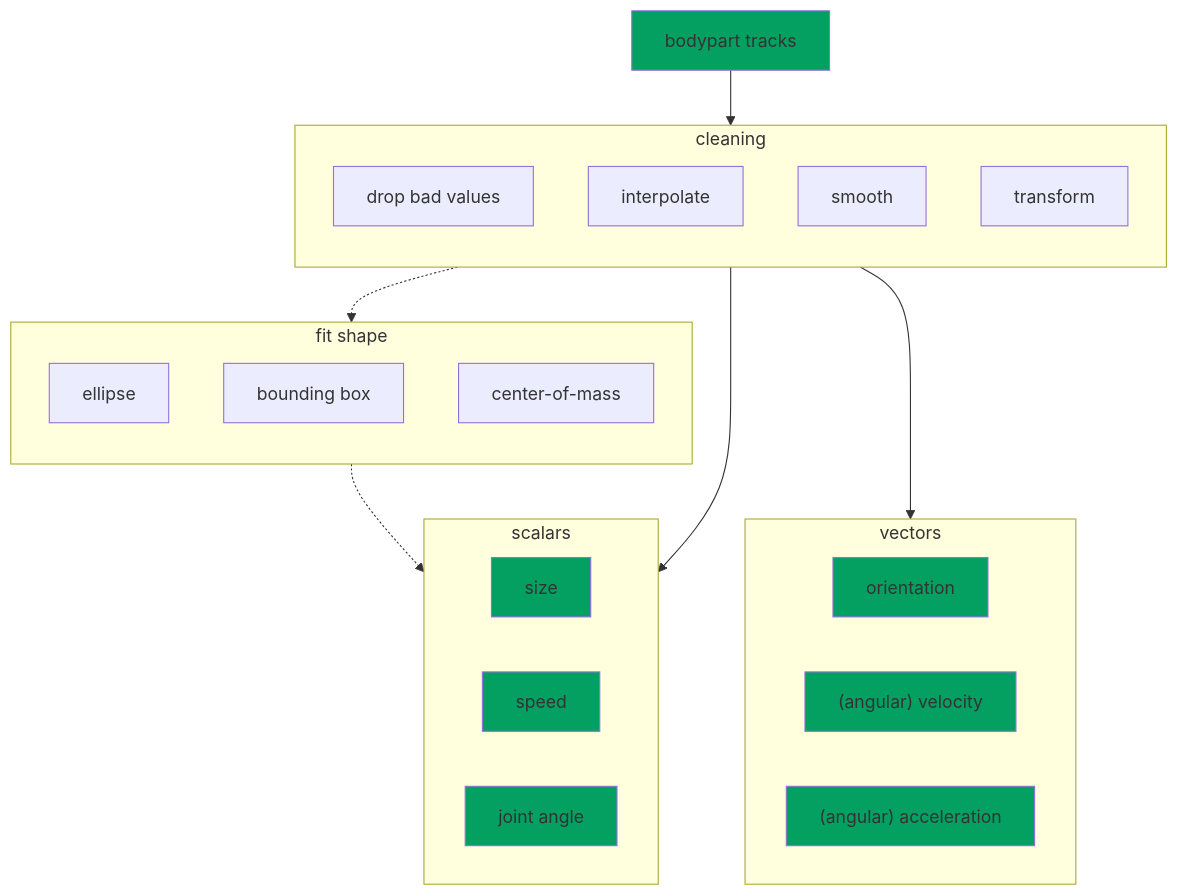
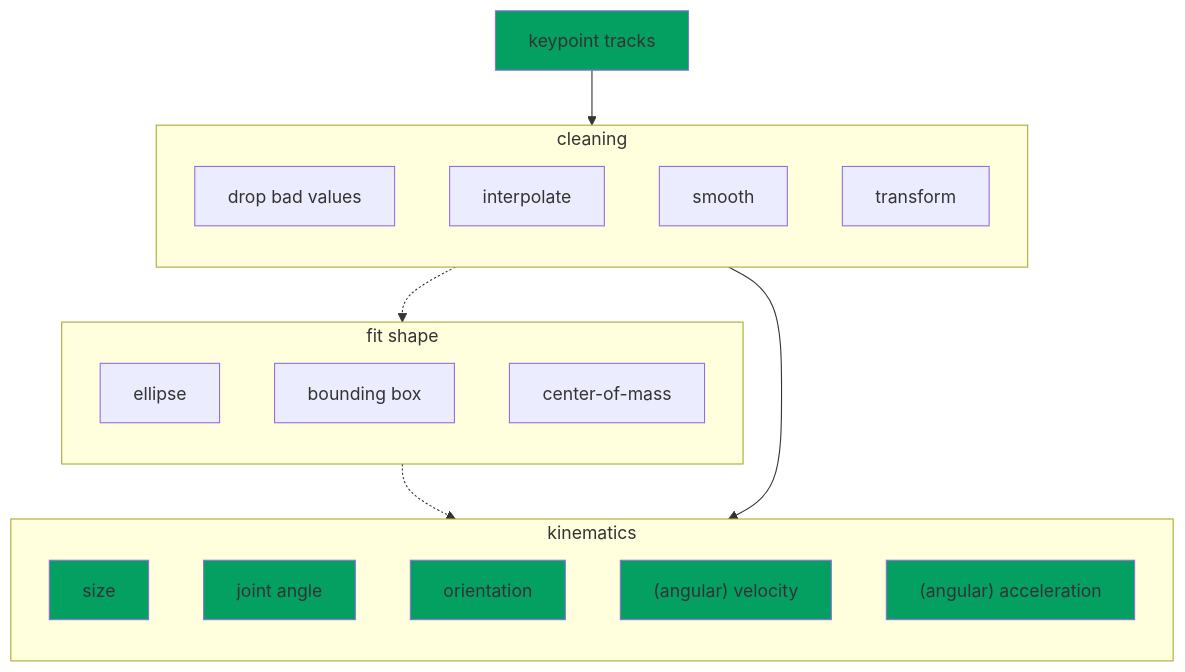
One commit to neuroinformatics-unit/slides-behavioural-projects-overview changed the diagram in diagrams/kinematics.mmd. Above: the diagram before and after it, drawn with Mermaid. The commit also changed 6 other files, not shown here.

```diff
--- a/diagrams/kinematics.mmd
+++ b/diagrams/kinematics.mmd
@@ -1,49 +1,44 @@
 flowchart TB
     classDef emphasis fill:#03A062;
 
-    tracks[bodypart tracks] --> cleaning
+    tracks[keypoint tracks] --> cleaning
 
     subgraph cleaning
     direction TB
 
     drop["drop bad values"]
     interp["interpolate"]
     smooth["smooth"]
     transform
     end
 
     subgraph fit["fit shape"]
     direction TB
 
     ellipse
     bbox["bounding box"]
     center["center-of-mass"]
     end
 
-    subgraph scalars
-    direction LR
+    subgraph kinematics
+    direction TB
 
     size
-    speed
     angle["joint angle"]
-    end
-
-    subgraph vectors
-    direction LR
-
     orientation
     velocity["(angular) velocity"]
     acceleration["(angular) acceleration"]
     end
 
-    fit -.-> scalars
-    cleaning ---> scalars & vectors
+
+    fit -.-> kinematics
+    cleaning ---> kinematics
     cleaning -.-> fit
 
     class tracks emphasis
     class velocity emphasis
     class acceleration emphasis
     class orientation emphasis
     class size emphasis
     class speed emphasis
     class angle emphasis
```
